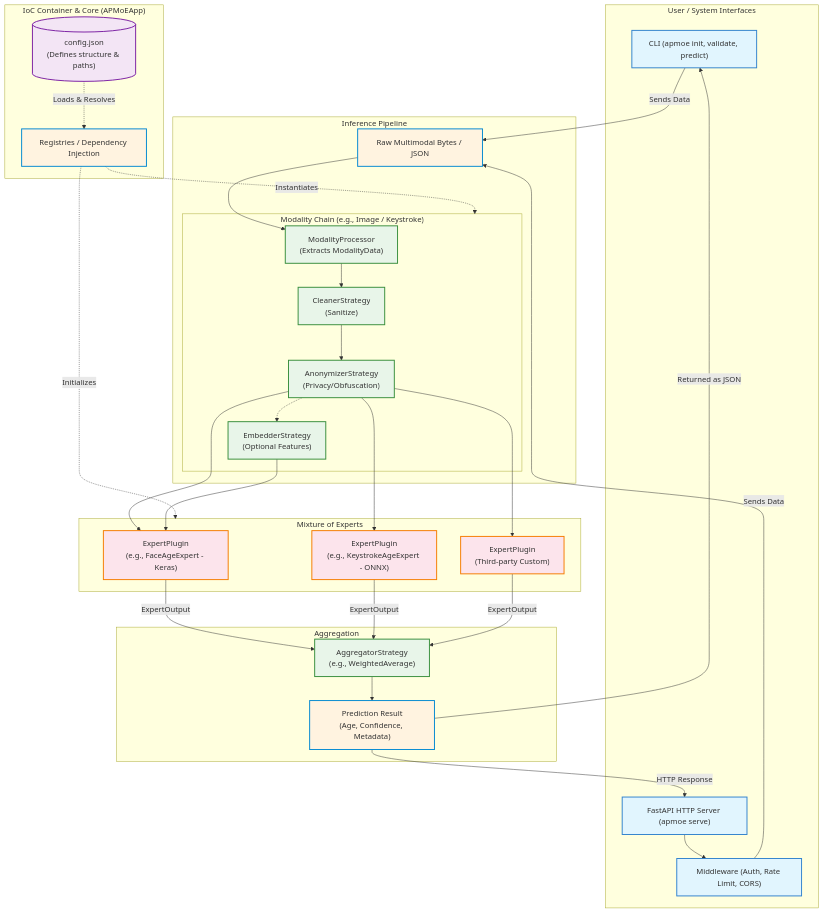
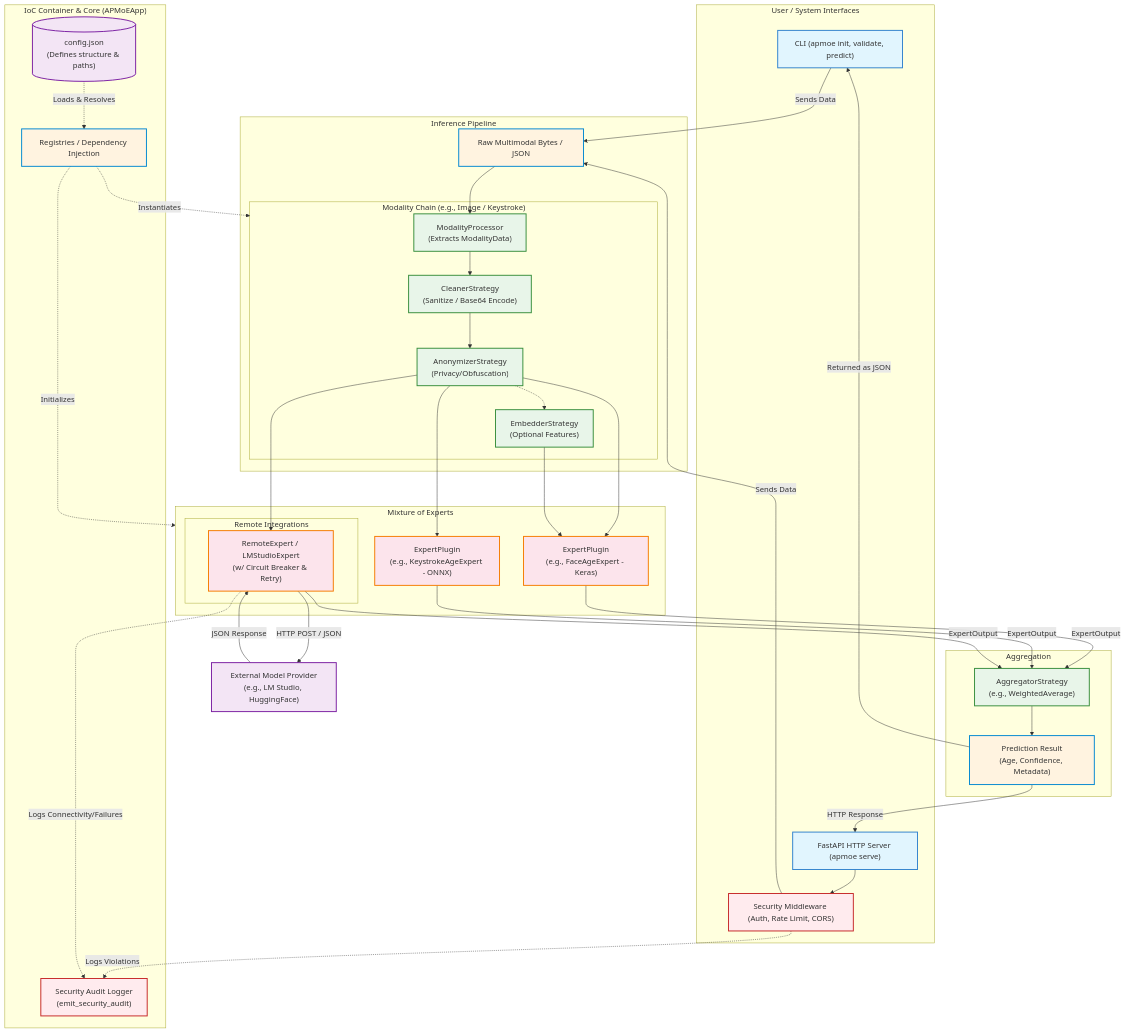
Before and after one commit to aeldesouky/APMoE: the diagram in docs/system_architecture.md, drawn with Mermaid. The commit also changed other lines of this file and 1 other file, not shown here.

Commit message:
updated system design

```diff
--- a/docs/system_architecture.md
+++ b/docs/system_architecture.md
@@ -10,12 +10,13 @@
     classDef pipeline fill:#e8f5e9,stroke:#388e3c,stroke-width:2px;
     classDef expert fill:#fce4ec,stroke:#f57c00,stroke-width:2px;
     classDef external fill:#f3e5f5,stroke:#7b1fa2,stroke-width:2px;
+    classDef security fill:#ffebee,stroke:#c62828,stroke-width:2px;
 
     %% 1. User Interfaces
     subgraph Interfaces ["User / System Interfaces"]
         CLI["CLI (apmoe init, validate, predict)"]:::interface
         API["FastAPI HTTP Server (apmoe serve)"]:::interface
-        MW["Middleware (Auth, Rate Limit, CORS)"]:::interface
+        MW["Security Middleware (Auth, Rate Limit, CORS)"]:::security
         API --> MW
     end
 
@@ -23,6 +24,7 @@
     subgraph AppCore ["IoC Container & Core (APMoEApp)"]
         Config[("config.json\n(Defines structure & paths)")]:::external
         Registries["Registries / Dependency Injection"]:::core
+        Audit["Security Audit Logger\n(emit_security_audit)"]:::security
         Config -.->|Loads & Resolves| Registries
     end
 
@@ -33,7 +35,7 @@
         %% Modality Branch Example
         subgraph ModalityBranch ["Modality Chain (e.g., Image / Keystroke)"]
             Proc["ModalityProcessor\n(Extracts ModalityData)"]:::pipeline
-            Clean["CleanerStrategy\n(Sanitize)"]:::pipeline
+            Clean["CleanerStrategy\n(Sanitize / Base64 Encode)"]:::pipeline
             Anon["AnonymizerStrategy\n(Privacy/Obfuscation)"]:::pipeline
             Embed["EmbedderStrategy\n(Optional Features)"]:::pipeline
             
@@ -47,8 +49,14 @@
     subgraph MoE ["Mixture of Experts"]
         Exp1["ExpertPlugin\n(e.g., FaceAgeExpert - Keras)"]:::expert
         Exp2["ExpertPlugin\n(e.g., KeystrokeAgeExpert - ONNX)"]:::expert
-        ExpCustom["ExpertPlugin\n(Third-party Custom)"]:::expert
+        
+        subgraph Remote ["Remote Integrations"]
+            ExpRemote["RemoteExpert / LMStudioExpert\n(w/ Circuit Breaker & Retry)"]:::expert
+        end
     end
+
+    %% External Dependencies
+    ExtAPI["External Model Provider\n(e.g., LM Studio, HuggingFace)"]:::external
 
     %% 5. Aggregation
     subgraph Consensus ["Aggregation"]
@@ -59,6 +67,7 @@
     %% Wiring everything together
     CLI --> |Sends Data| RawData
     MW --> |Sends Data| RawData
+    MW -.-> |Logs Violations| Audit
     
     Registries -.-> |Instantiates| ModalityBranch
     Registries -.-> |Initializes| MoE
@@ -66,11 +75,15 @@
     Anon --> Exp1
     Embed --> Exp1
     Anon --> Exp2
-    Anon --> ExpCustom
+    Anon --> ExpRemote
+
+    ExpRemote --> |HTTP POST / JSON| ExtAPI
+    ExtAPI --> |JSON Response| ExpRemote
+    ExpRemote -.-> |Logs Connectivity/Failures| Audit
 
     Exp1 -->|ExpertOutput| Agg
     Exp2 -->|ExpertOutput| Agg
-    ExpCustom -->|ExpertOutput| Agg
+    ExpRemote -->|ExpertOutput| Agg
     
     Agg --> Pred
     Pred --> |Returned as JSON| CLI
```
